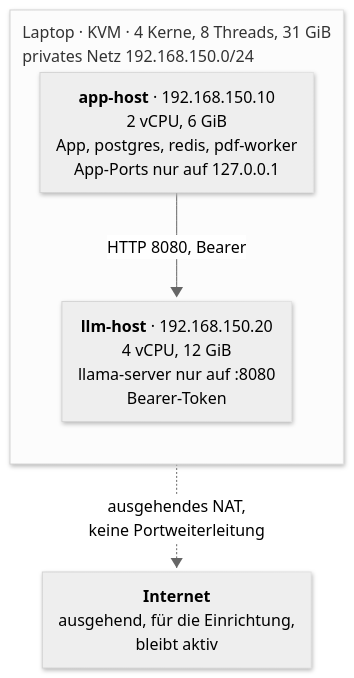
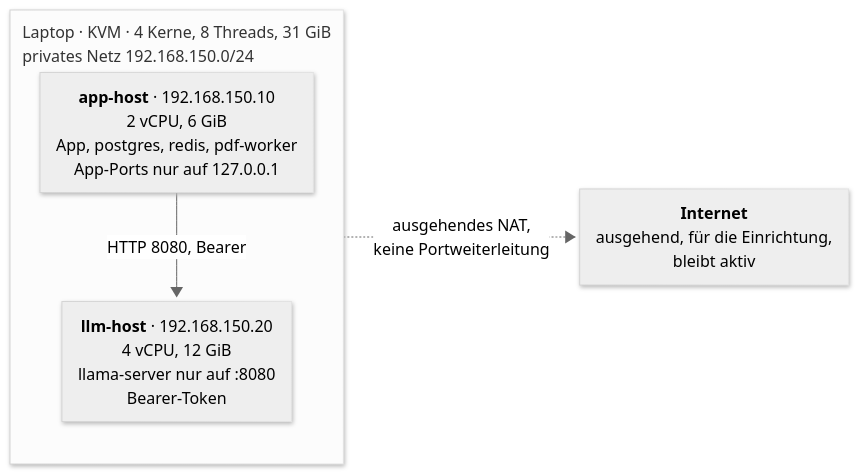
One commit to NiklasSkulll/arsnova.eu changed the diagram in docs/referat-thema-1/diagrams/1b-topologie.mmd. Above: the diagram before and after it, drawn with Mermaid (neutral theme). The commit also changed 5 other files, not shown here.

Commit message:
docs(referat): refine the 1B diagrams after the second visual review

```diff
--- a/docs/referat-thema-1/diagrams/1b-topologie.mmd
+++ b/docs/referat-thema-1/diagrams/1b-topologie.mmd
@@ -1,39 +1,39 @@
 ---
 config:
   look: neo
   flowchart:
     curve: basis
     nodeSpacing: 40
     rankSpacing: 60
     padding: 10
     wrappingWidth: 320
     subGraphTitleMargin:
       top: 10
       bottom: 10
 ---
-flowchart TB
+flowchart LR
   subgraph LAP["Laptop · KVM · 4 Kerne, 8 Threads, 31 GiB<br/>privates Netz 192.168.150.0/24"]
     direction TB
     app["`**app-host** · 192.168.150.10
     2 vCPU, 6 GiB
     App, postgres, redis, pdf-worker
     App-Ports nur auf 127.0.0.1`"]
     llm["`**llm-host** · 192.168.150.20
     4 vCPU, 12 GiB
     llama-server nur auf :8080
     Bearer-Token`"]
   end
   net["`**Internet**
   ausgehend, für die Einrichtung,
   bleibt aktiv`"]
 
   app e1@-->|"HTTP 8080, Bearer"| llm
   LAP e2@-.->|"ausgehendes NAT,<br/>keine Portweiterleitung"| net
 
   class app app
   class llm runtime
-  class net legendGroup
+  class net plain
   class LAP legendGroup
   class e1 emph
   class e2 muted
 %% palette
```
